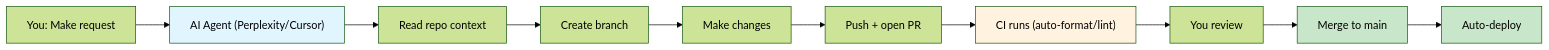
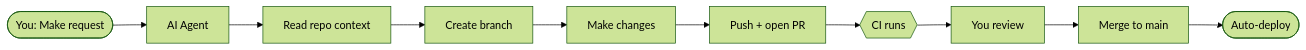
The fourth of 4 diagrams in README.md (borealBytes/startup-blueprint), drawn with Mermaid (forest theme) before and after one commit. The commit also changed other lines of this file, not shown here.

First line of the commit message:
refactor(docs): apply Mermaid style guide to README diagrams

````diff
--- a/README.md
+++ b/README.md
@@ -243,17 +237,15 @@
 ```mermaid
-graph LR
-    A["You: Make request"] --> B["AI Agent (Perplexity/Cursor)"]
-    B --> C["Read repo context"]
-    C --> D["Create branch"]
-    D --> E["Make changes"]
-    E --> F["Push + open PR"]
-    F --> G["CI runs (auto-format/lint)"]
-    G --> H["You review"]
-    H --> I["Merge to main"]
-    I --> J["Auto-deploy"]
+flowchart LR
+    accTitle: AI Agent Workflow
+    accDescr: End-to-end workflow showing how AI agents work with this repo from request through auto-deployment
 
-    style B fill:#e1f5ff
-    style G fill:#fff3e0
-    style I fill:#c8e6c9
-    style J fill:#c8e6c9
+    user_request([You: Make request]) --> ai_agent[AI Agent]
+    ai_agent --> read_context[Read repo context]
+    read_context --> create_branch[Create branch]
+    create_branch --> make_changes[Make changes]
+    make_changes --> push_pr[Push + open PR]
+    push_pr --> ci_runs{{CI runs}}
+    ci_runs --> you_review[You review]
+    you_review --> merge_main[Merge to main]
+    merge_main --> auto_deploy([Auto-deploy])
 ```
````
